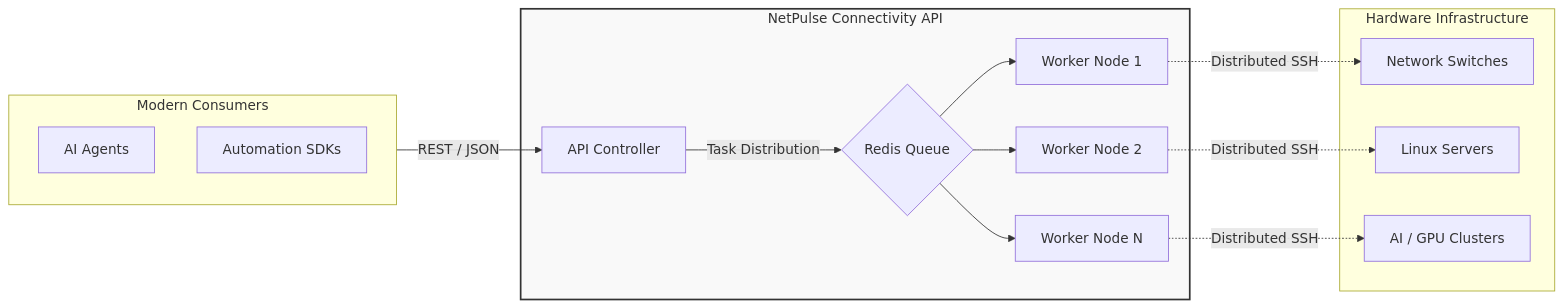
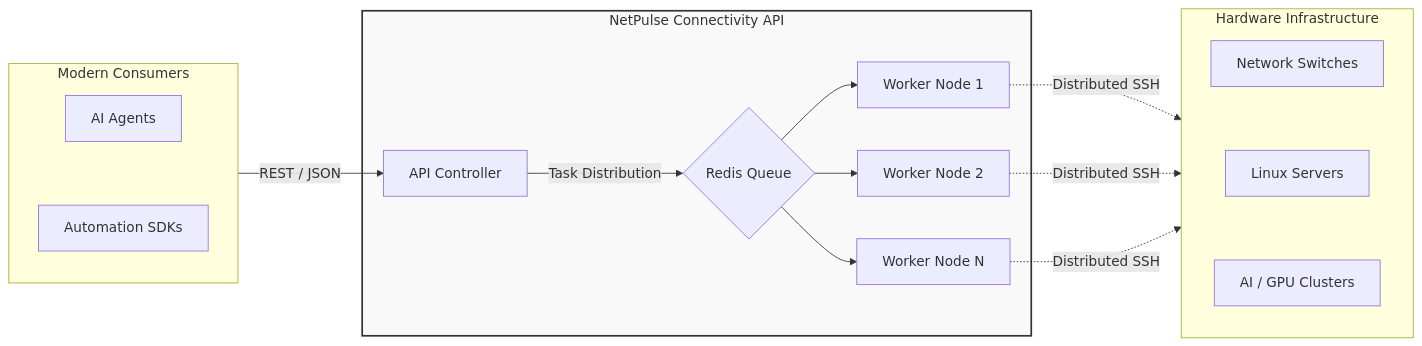
Before and after one commit to scitix/netpulse: the diagram in README.md, drawn with Mermaid. The commit also changed 15 other files, not shown here.

````diff
--- a/README.md
+++ b/README.md
@@ -14,27 +14,31 @@
 ```mermaid
 graph LR
     subgraph Consumers[Modern Consumers]
+        direction TB
         A1[AI Agents]
         A2[Automation SDKs]
+        A1 ~~~ A2
     end
 
     subgraph NetPulse[NetPulse Connectivity API]
         C[API Controller] --> |Task Distribution| Q{Redis Queue}
         Q --> W1[Worker Node 1]
         Q --> W2[Worker Node 2]
         Q --> Wn[Worker Node N]
     end
 
     subgraph Infrastructure[Hardware Infrastructure]
+        direction TB
         D1[Network Switches]
         D2[Linux Servers]
         Dn[AI / GPU Clusters]
+        D1 ~~~ D2 ~~~ Dn
     end
 
     Consumers -->|REST / JSON| C
     W1 -.->|Distributed SSH| D1
     W2 -.->|Distributed SSH| D2
     Wn -.->|Distributed SSH| Dn
 
     style NetPulse fill:#f9f9f9,stroke:#333,stroke-width:2px
 ```
````
